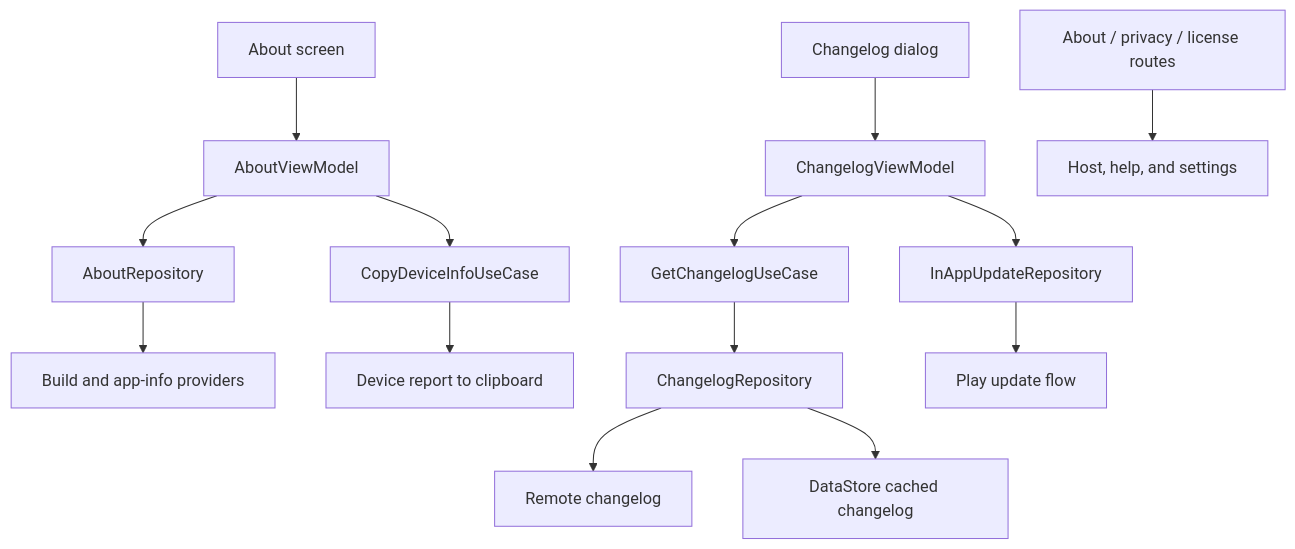
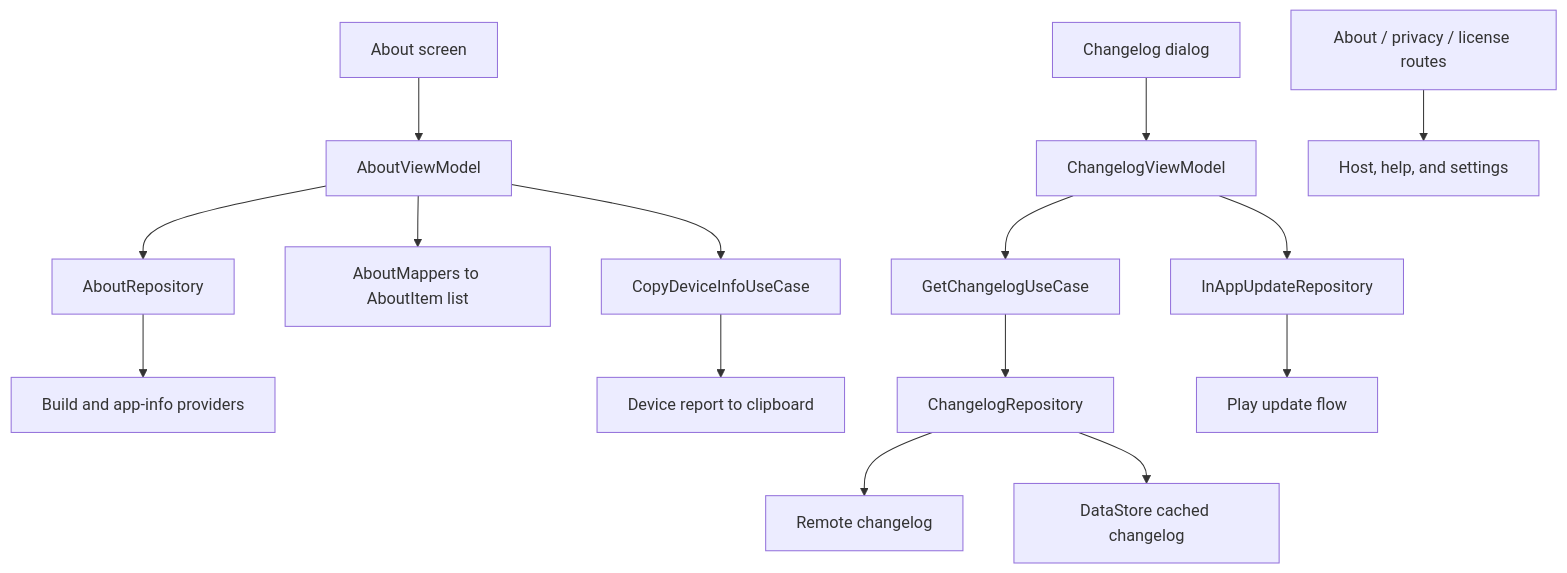
One commit to MihaiCristianCondrea/App-Toolkit-for-Android changed the diagram in library/feature/about/README.md. Above: the diagram before and after it, drawn with Mermaid. The commit also changed other lines of this file and 41 other files, not shown here.

First line of the commit message:
fix(about): report copy device info failures correctly and move item assembly to the UI layer

````diff
--- a/library/feature/about/README.md
+++ b/library/feature/about/README.md
@@ -45,16 +45,17 @@
 ```mermaid
 flowchart TD
     AboutScreen[About screen] --> AboutVM[AboutViewModel]
     AboutVM --> AboutRepo[AboutRepository]
     AboutRepo --> Build[Build and app-info providers]
+    AboutVM --> Mapper[AboutMappers to AboutItem list]
     AboutVM --> CopyUC[CopyDeviceInfoUseCase]
     CopyUC --> Clipboard[Device report to clipboard]
     ChangelogUI[Changelog dialog] --> ChangelogVM[ChangelogViewModel]
     ChangelogVM --> GetChangelog[GetChangelogUseCase]
     GetChangelog --> ChangelogRepo[ChangelogRepository]
     ChangelogRepo --> Remote[Remote changelog]
     ChangelogRepo --> Cache[DataStore cached changelog]
     ChangelogVM --> Update[InAppUpdateRepository]
     Update --> Play[Play update flow]
     Routes[About / privacy / license routes] --> Consumers[Host, help, and settings]
 ```
````
